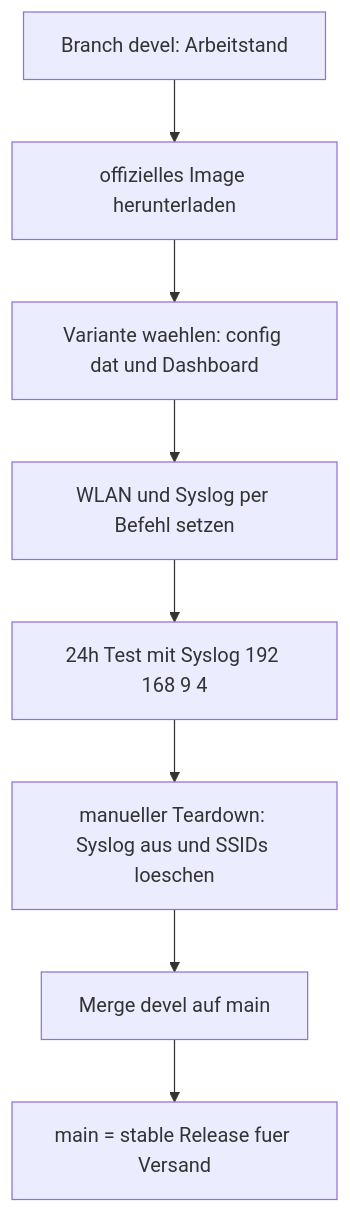
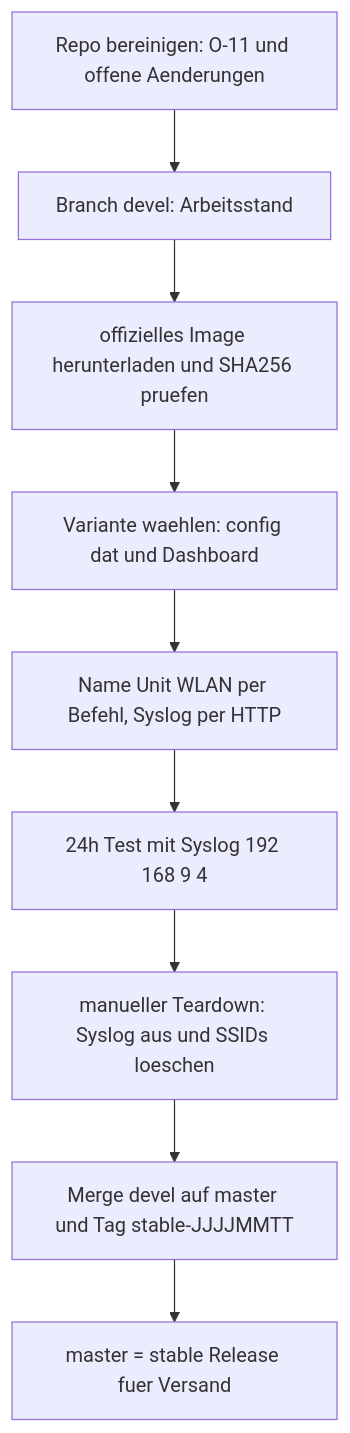
Before and after one commit to martament/openandhome: the first of 4 diagrams in plans/espeasy-fertig-images.md, drawn with Mermaid. The commit also changed other lines of this file and 1 other file, not shown here.

First line of the commit message:
Plan v5: Review der Fertig-Image-Umstellung, AGENTS.md angeglichen

````diff
--- a/plans/espeasy-fertig-images.md
+++ b/plans/espeasy-fertig-images.md
@@ -71,10 +116,11 @@
 ```mermaid
 flowchart TD
-    B1[Branch devel: Arbeitstand] --> B2[offizielles Image herunterladen]
+    B0[Repo bereinigen: O-11 und offene Aenderungen] --> B1[Branch devel: Arbeitsstand]
+    B1 --> B2[offizielles Image herunterladen und SHA256 pruefen]
     B2 --> B3[Variante waehlen: config dat und Dashboard]
-    B3 --> B4[WLAN und Syslog per Befehl setzen]
+    B3 --> B4[Name Unit WLAN per Befehl, Syslog per HTTP]
     B4 --> B5[24h Test mit Syslog 192 168 9 4]
     B5 --> B6[manueller Teardown: Syslog aus und SSIDs loeschen]
-    B6 --> B7[Merge devel auf main]
-    B7 --> B8[main = stable Release fuer Versand]
+    B6 --> B7[Merge devel auf master und Tag stable-JJJJMMTT]
+    B7 --> B8[master = stable Release fuer Versand]
 ```
````
